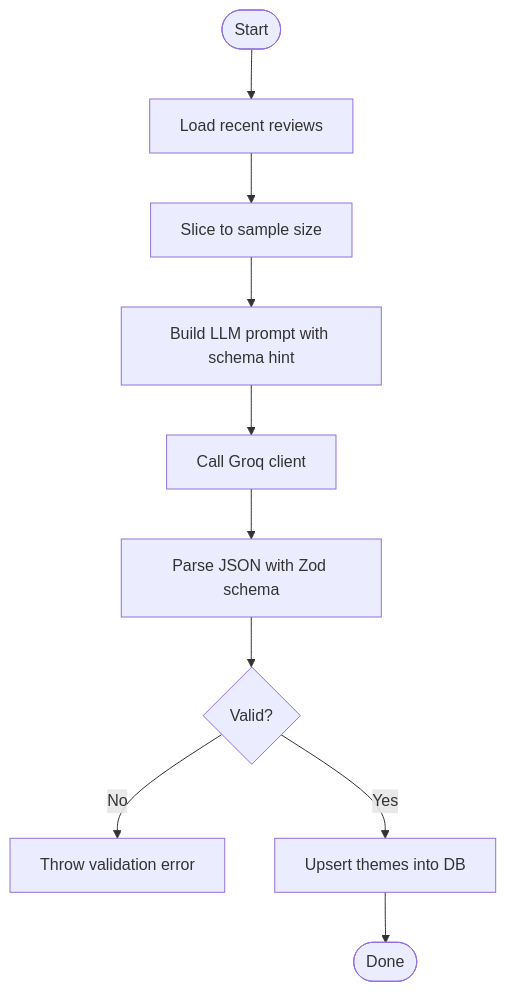
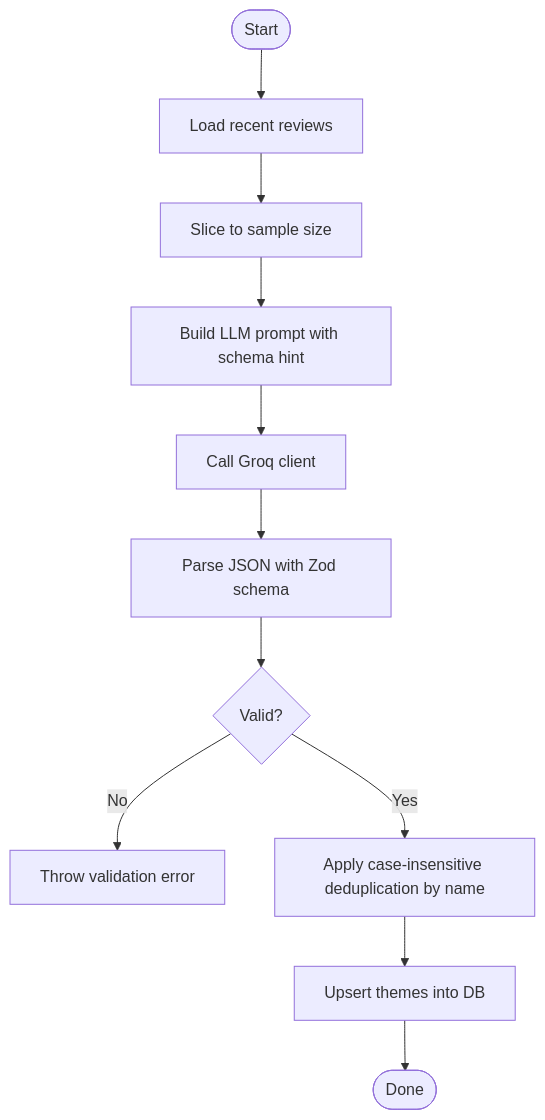
Before and after one commit to aravinthraj-ramalingam/Groww-App-Review-Insights-Analyzer-: the third of 8 diagrams in .qoder/repowiki/en/content/Phase 2_ Advanced Analytics & Automation/Theme Generation & Management.md, drawn with Mermaid. The commit also changed other lines of this file and 5 other files, not shown here.

````diff
--- a/.qoder/repowiki/en/content/Phase 2_ Advanced Analytics & Automation/Theme Generation & Management.md
+++ b/.qoder/repowiki/en/content/Phase 2_ Advanced Analytics & Automation/Theme Generation & Management.md
@@ -177,12 +194,13 @@
 ```mermaid
 flowchart TD
 Start(["Start"]) --> Load["Load recent reviews"]
 Load --> Sample["Slice to sample size"]
 Sample --> BuildPrompt["Build LLM prompt with schema hint"]
 BuildPrompt --> CallLLM["Call Groq client"]
 CallLLM --> Parse["Parse JSON with Zod schema"]
 Parse --> Valid{"Valid?"}
 Valid --> |No| Fail["Throw validation error"]
-Valid --> |Yes| Upsert["Upsert themes into DB"]
+Valid --> |Yes| Dedupe["Apply case-insensitive deduplication by name"]
+Dedupe --> Upsert["Upsert themes into DB"]
 Upsert --> Done(["Done"])
 ```
````
